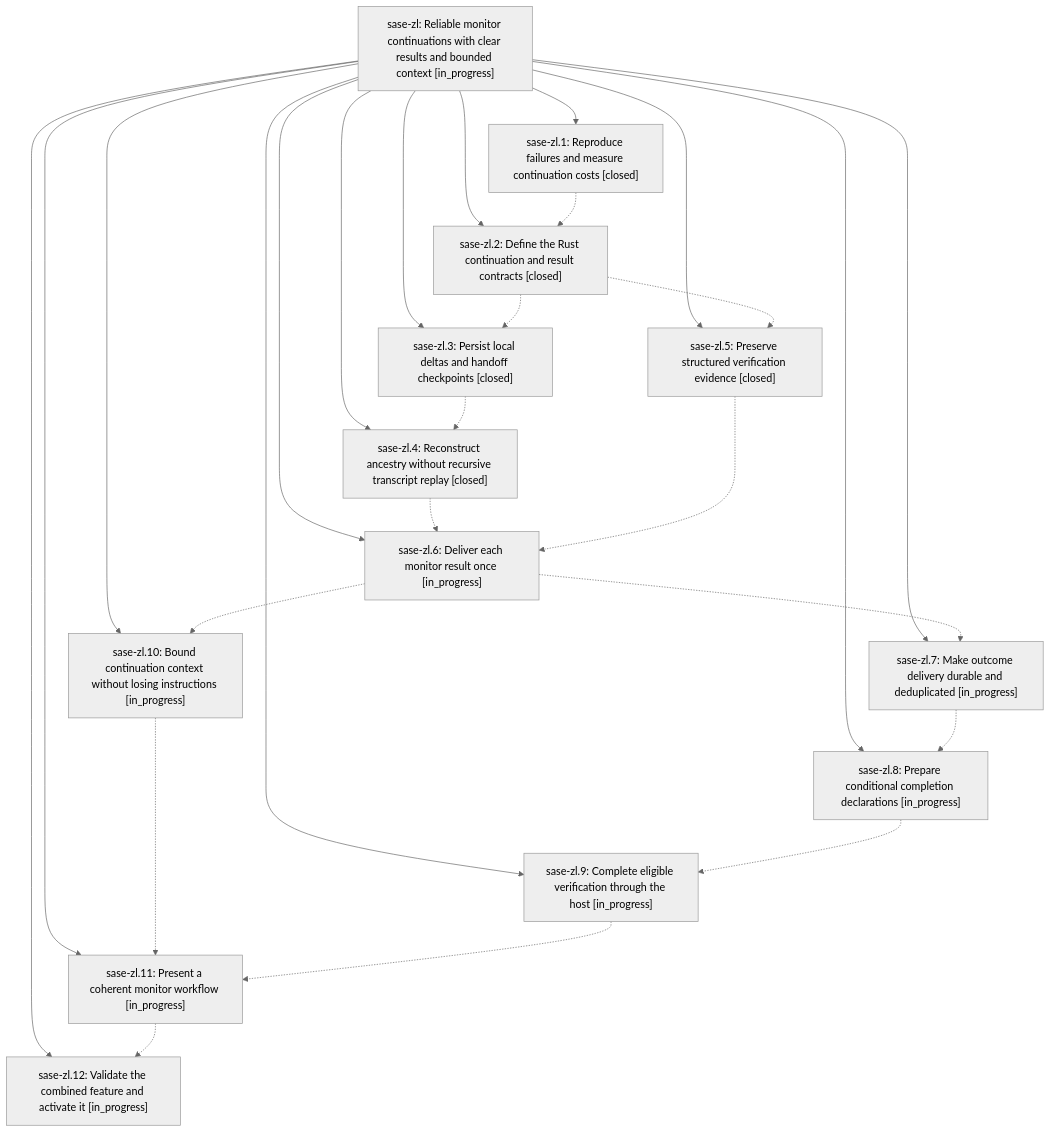
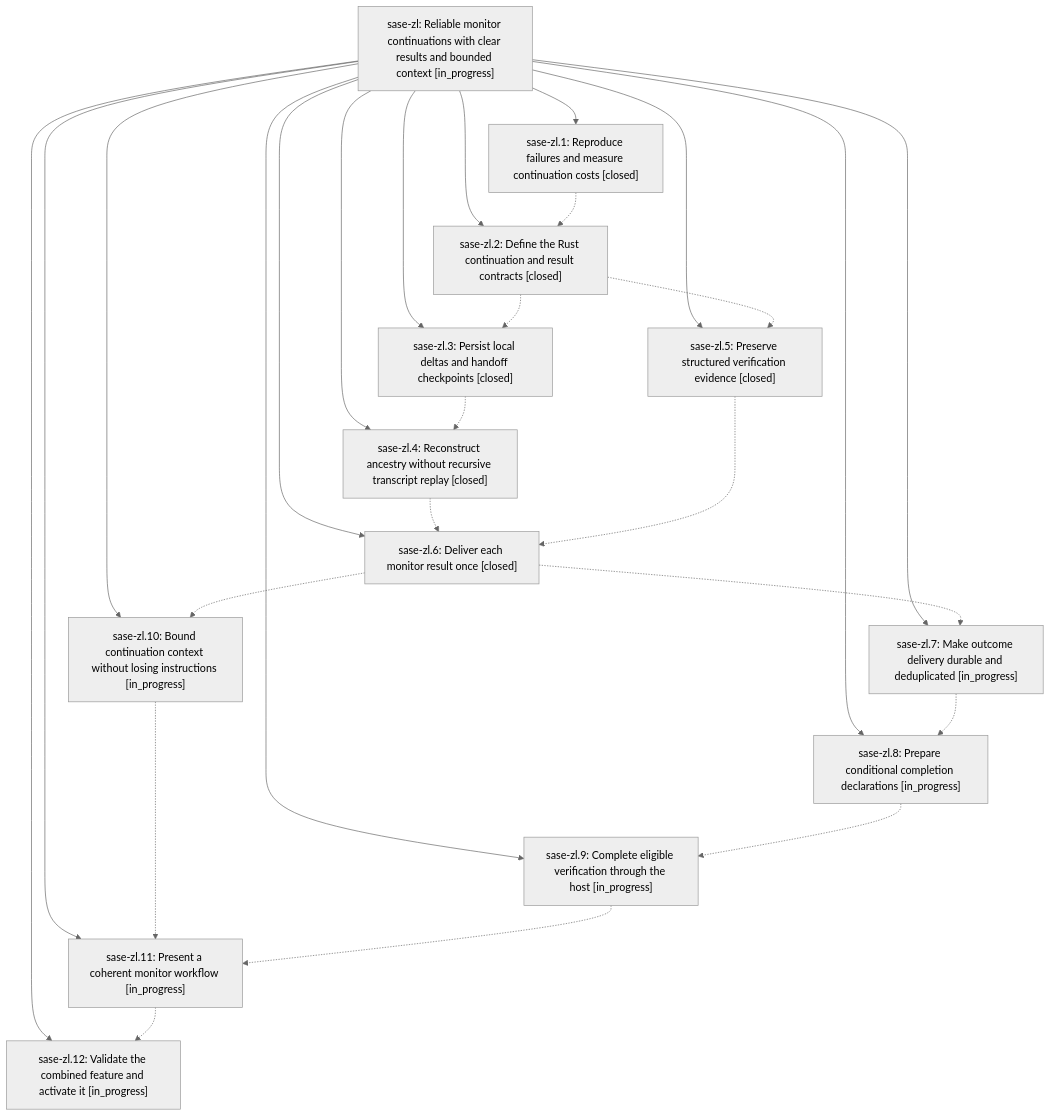
Before and after one commit to sase-org/sase--beads: the diagram in pages/sase-zl/README.md, drawn with Mermaid (neutral theme). The commit also changed other lines of this file and 5 other files, not shown here.

````diff
--- a/pages/sase-zl/README.md
+++ b/pages/sase-zl/README.md
@@ -33,41 +33,41 @@
 ```mermaid
 flowchart TD
     n0["sase-zl: Reliable monitor continuations with clear results and bounded context [in_progress]"]
     n1["sase-zl.1: Reproduce failures and measure continuation costs [closed]"]
     n2["sase-zl.10: Bound continuation context without losing instructions [in_progress]"]
     n3["sase-zl.11: Present a coherent monitor workflow [in_progress]"]
     n4["sase-zl.12: Validate the combined feature and activate it [in_progress]"]
     n5["sase-zl.2: Define the Rust continuation and result contracts [closed]"]
     n6["sase-zl.3: Persist local deltas and handoff checkpoints [closed]"]
     n7["sase-zl.4: Reconstruct ancestry without recursive transcript replay [closed]"]
     n8["sase-zl.5: Preserve structured verification evidence [closed]"]
-    n9["sase-zl.6: Deliver each monitor result once [in_progress]"]
+    n9["sase-zl.6: Deliver each monitor result once [closed]"]
     n10["sase-zl.7: Make outcome delivery durable and deduplicated [in_progress]"]
     n11["sase-zl.8: Prepare conditional completion declarations [in_progress]"]
     n12["sase-zl.9: Complete eligible verification through the host [in_progress]"]
     n0 --> n1
     n0 --> n2
     n0 --> n3
     n0 --> n4
     n0 --> n5
     n0 --> n6
     n0 --> n7
     n0 --> n8
     n0 --> n9
     n0 --> n10
     n0 --> n11
     n0 --> n12
     n1 -.-> n5
     n2 -.-> n3
     n3 -.-> n4
     n5 -.-> n6
     n5 -.-> n8
     n6 -.-> n7
     n7 -.-> n9
     n8 -.-> n9
     n9 -.-> n2
     n9 -.-> n10
     n10 -.-> n11
     n11 -.-> n12
     n12 -.-> n3
 ```
````
